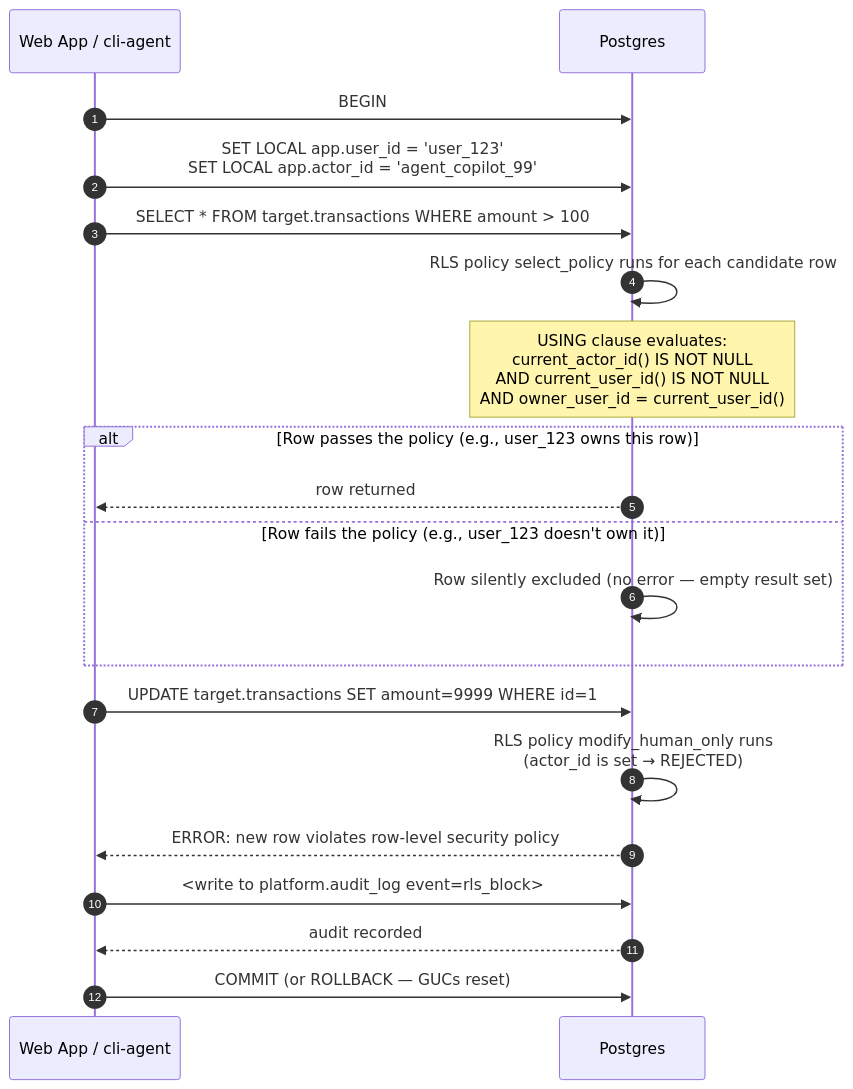
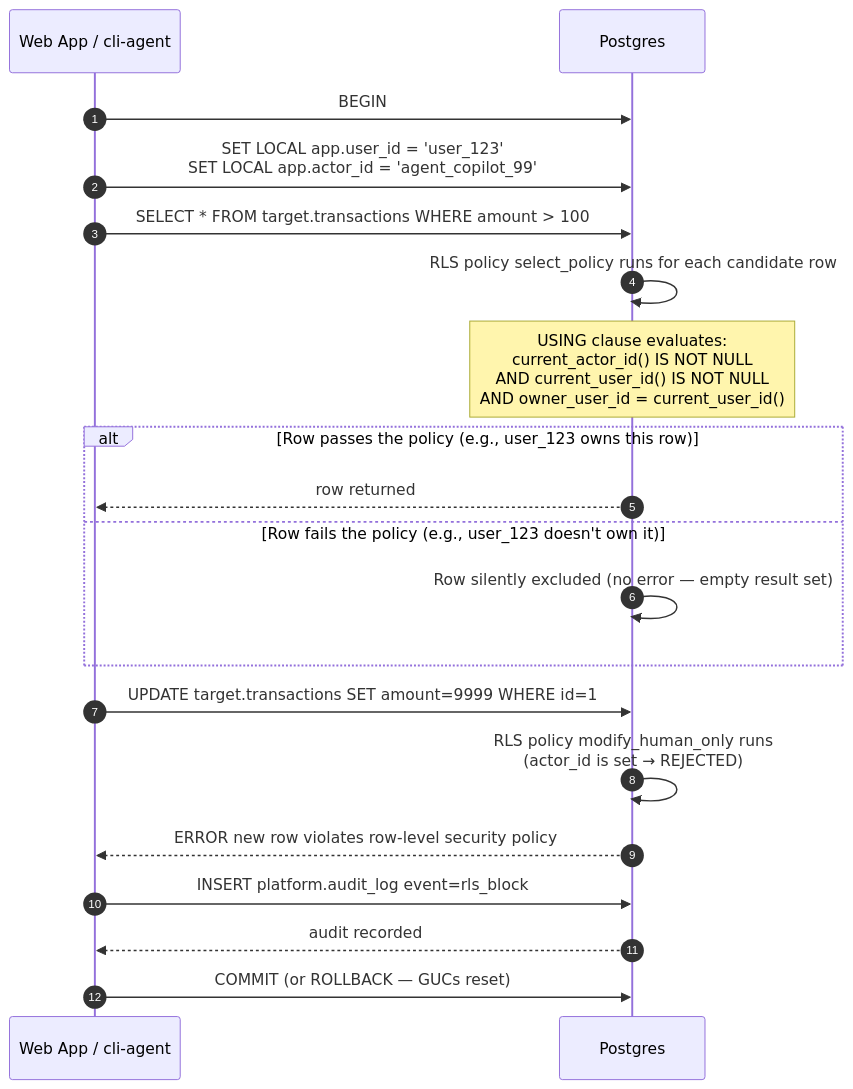
One commit to theRealMarkCastillo/identity-demo changed the fifth of 6 diagrams in docs/ARCHITECTURE.md. Above: the diagram before and after it, drawn with Mermaid. The commit also changed other lines of this file, not shown here.

First line of the commit message:
Fix Mermaid parse errors in §7 sequence diagrams

````diff
--- a/docs/ARCHITECTURE.md
+++ b/docs/ARCHITECTURE.md
@@ -467,23 +467,23 @@
 ```mermaid
 sequenceDiagram
     autonumber
     participant W as Web App / cli-agent
     participant DB as Postgres
 
     W->>DB: BEGIN
     W->>DB: SET LOCAL app.user_id = 'user_123'<br/>SET LOCAL app.actor_id = 'agent_copilot_99'
     W->>DB: SELECT * FROM target.transactions WHERE amount > 100
     DB->>DB: RLS policy select_policy runs for each candidate row
     Note over DB: USING clause evaluates:<br/>current_actor_id() IS NOT NULL<br/>AND current_user_id() IS NOT NULL<br/>AND owner_user_id = current_user_id()
     alt Row passes the policy (e.g., user_123 owns this row)
         DB-->>W: row returned
     else Row fails the policy (e.g., user_123 doesn't own it)
         DB->>DB: Row silently excluded (no error — empty result set)
     end
     W->>DB: UPDATE target.transactions SET amount=9999 WHERE id=1
     DB->>DB: RLS policy modify_human_only runs<br/>(actor_id is set → REJECTED)
-    DB-->>W: ERROR: new row violates row-level security policy
-    W->>DB: <write to platform.audit_log event=rls_block>
+    DB-->>W: ERROR new row violates row-level security policy
+    W->>DB: INSERT platform.audit_log event=rls_block
     DB-->>W: audit recorded
     W->>DB: COMMIT (or ROLLBACK — GUCs reset)
 ```
````
